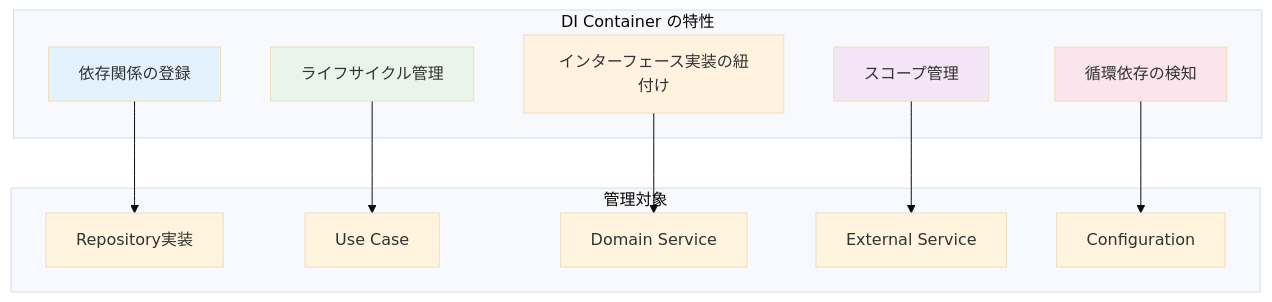
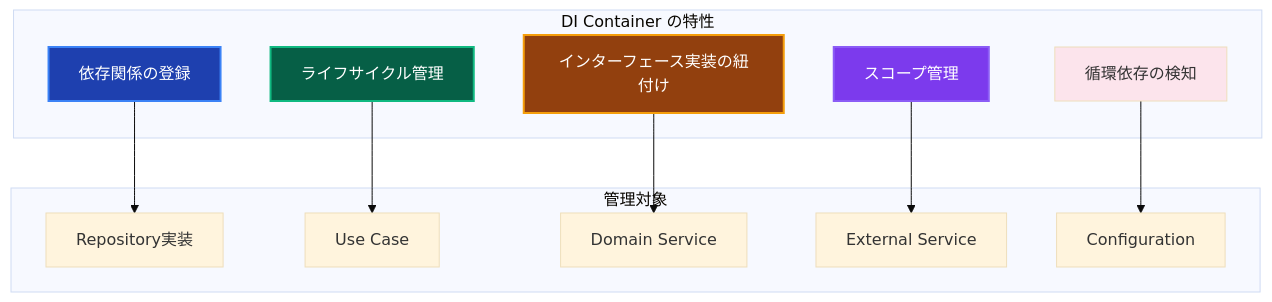
The first of 2 diagrams in _DOCS/guides/ddd/layers/components/di-container.md (derushio/d-next-ddd-example), drawn with Mermaid (base theme) before and after one commit. The commit also changed other lines of this file and 31 other files, not shown here.

Commit message:
🎨: DOCSのMermaid図表カラーテーマを暗色に統一し視認性を向上

````diff
--- a/_DOCS/guides/ddd/layers/components/di-container.md
+++ b/_DOCS/guides/ddd/layers/components/di-container.md
@@ -13,30 +13,30 @@
 ```mermaid
 graph TD
     subgraph "DI Container の特性"
         A[依存関係の登録]
         B[ライフサイクル管理]
         C[インターフェース実装の紐付け]
         D[スコープ管理]
         E[循環依存の検知]
     end
     
     subgraph "管理対象"
         F[Repository実装]
         G[Use Case]
         H[Domain Service]
         I[External Service]
         J[Configuration]
     end
     
     A --> F
     B --> G
     C --> H
     D --> I
     E --> J
     
-    style A fill:#e3f2fd
-    style B fill:#e8f5e8
-    style C fill:#fff3e0
-    style D fill:#f3e5f5
+    style A fill:#1e40af,stroke:#3b82f6,stroke-width:2px,color:#ffffff
+    style B fill:#065f46,stroke:#10b981,stroke-width:2px,color:#ffffff
+    style C fill:#92400e,stroke:#f59e0b,stroke-width:2px,color:#ffffff
+    style D fill:#7c3aed,stroke:#8b5cf6,stroke-width:2px,color:#ffffff
     style E fill:#fce4ec
 ```
````
